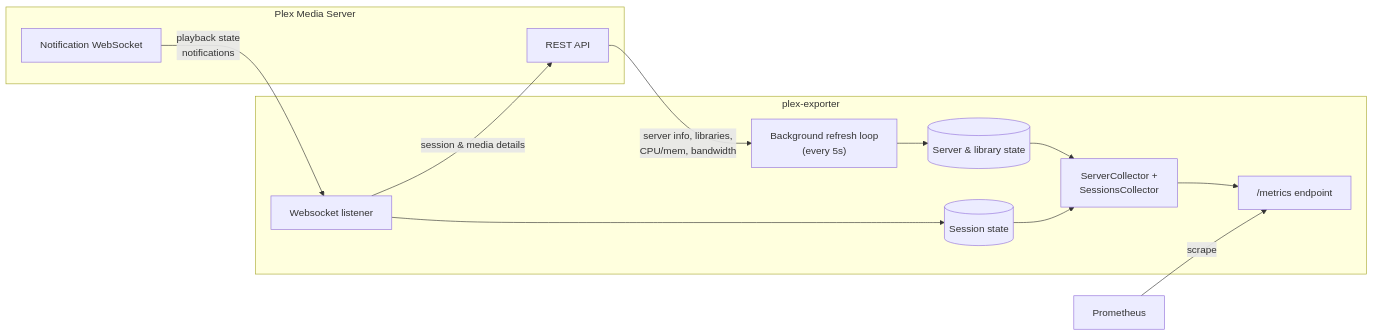
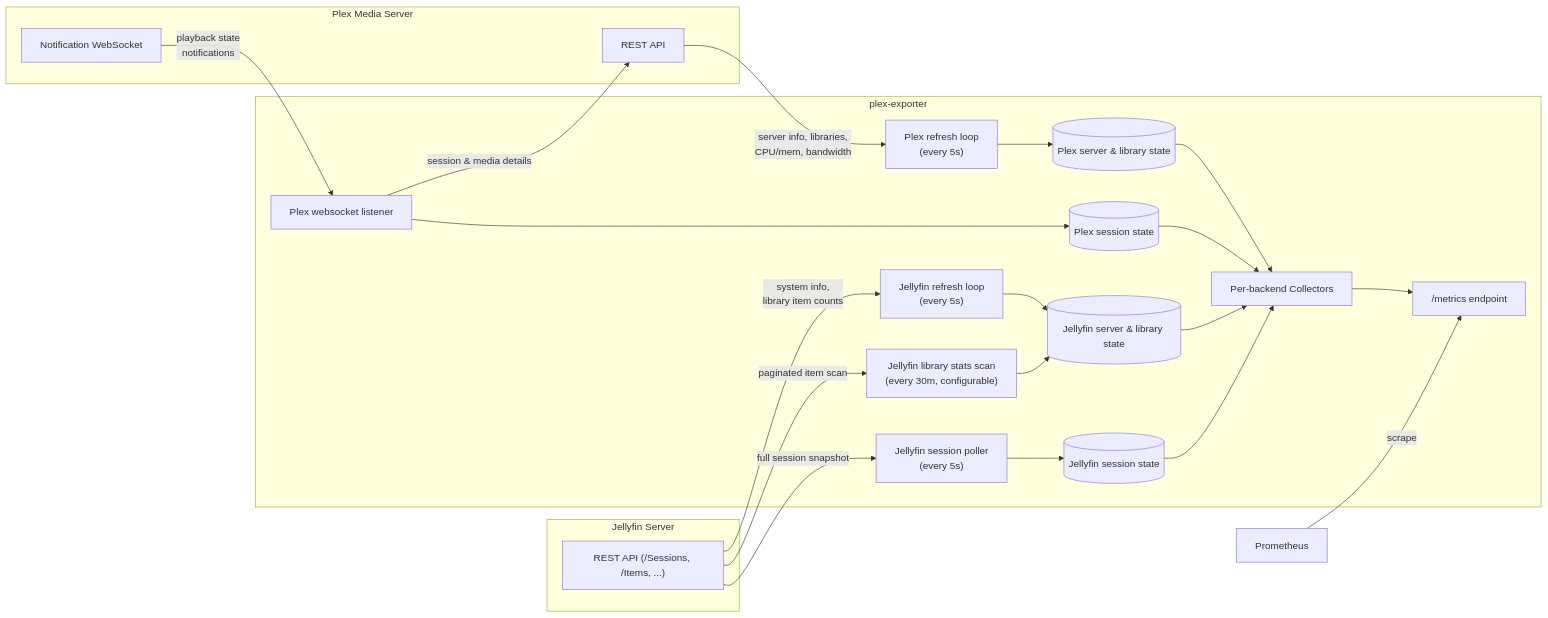
Before and after one commit to RWejlgaard/media_exporter: the diagram in README.md, drawn with Mermaid. The commit also changed other lines of this file and 10 other files, not shown here.

````diff
--- a/README.md
+++ b/README.md
@@ -54,29 +111,49 @@
 ```mermaid
 flowchart LR
     subgraph plex["Plex Media Server"]
-        REST["REST API"]
-        WS["Notification WebSocket"]
+        PREST["REST API"]
+        PWS["Notification WebSocket"]
+    end
+
+    subgraph jellyfin["Jellyfin Server"]
+        JREST["REST API (/Sessions, /Items, ...)"]
     end
 
     subgraph exporter["plex-exporter"]
-        Refresh["Background refresh loop\n(every 5s)"]
-        Listener["Websocket listener"]
-        ServerState[("Server & library state")]
-        Sessions[("Session state")]
-        Collectors["ServerCollector +\nSessionsCollector"]
+        PRefresh["Plex refresh loop\n(every 5s)"]
+        PListener["Plex websocket listener"]
+        PState[("Plex server & library state")]
+        PSessions[("Plex session state")]
+
+        JRefresh["Jellyfin refresh loop\n(every 5s)"]
+        JStats["Jellyfin library stats scan\n(every 30m, configurable)"]
+        JPoller["Jellyfin session poller\n(every 5s)"]
+        JState[("Jellyfin server & library state")]
+        JSessions[("Jellyfin session state")]
+
+        Collectors["Per-backend Collectors"]
         HTTP["/metrics endpoint"]
     end
 
     Prometheus["Prometheus"]
 
-    REST -->|"server info, libraries,\nCPU/mem, bandwidth"| Refresh
-    Refresh --> ServerState
-    WS -->|"playback state\nnotifications"| Listener
-    Listener -->|"session & media details"| REST
-    Listener --> Sessions
+    PREST -->|"server info, libraries,\nCPU/mem, bandwidth"| PRefresh
+    PRefresh --> PState
+    PWS -->|"playback state\nnotifications"| PListener
+    PListener -->|"session & media details"| PREST
+    PListener --> PSessions
 
-    ServerState --> Collectors
-    Sessions --> Collectors
+    JREST -->|"system info,\nlibrary item counts"| JRefresh
+    JRefresh --> JState
+    JREST -->|"paginated item scan"| JStats
+    JStats --> JState
+    JREST -->|"full session snapshot"| JPoller
+    JPoller --> JSessions
+
+    PState --> Collectors
+    PSessions --> Collectors
+    JState --> Collectors
+    JSessions --> Collectors
     Collectors --> HTTP
     Prometheus -->|"scrape"| HTTP
 ```
````
